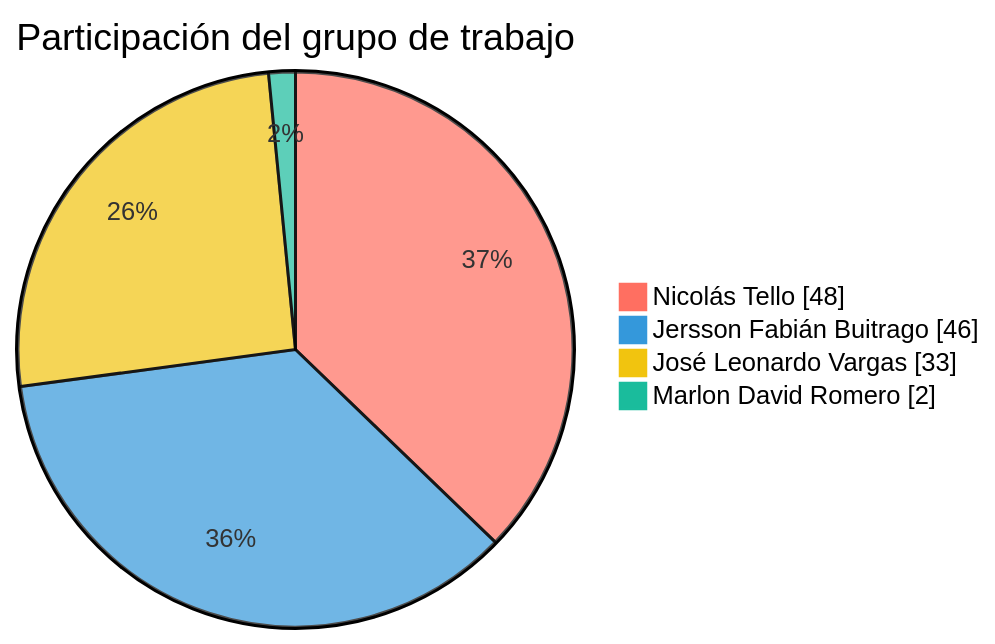
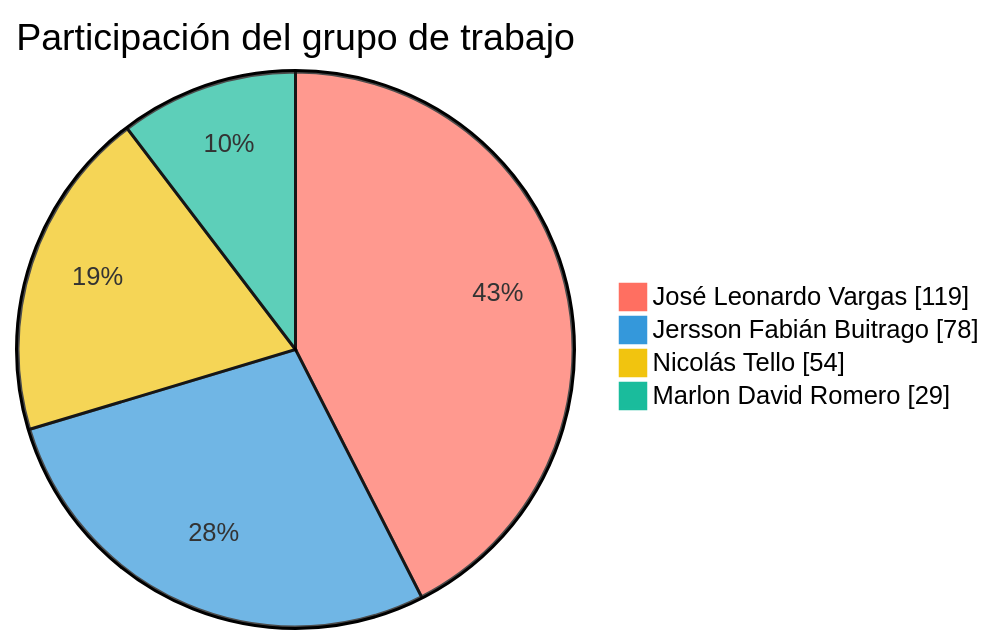
Before and after one commit to FarmaExpres/FarmaExpres: the first of 2 diagrams in README.md, drawn with Mermaid. The commit also changed other lines of this file and 1 other file, not shown here.

````diff
--- a/README.md
+++ b/README.md
@@ -389,9 +389,9 @@
 ```mermaid
 %%{init: {"themeVariables": {"pie1": "#ff6f61", "pie2": "#3498db", "pie3": "#f1c40f", "pie4": "#1abc9c", "pieLabelColor": "#000000", "pieLabelFontSize": "24px", "pieLabelFontWeight": "700"}}}%%
 pie showData
     title Participación del grupo de trabajo
-    "Nicolás Tello" : 48
-    "Jersson Fabián Buitrago" : 46
-    "José Leonardo Vargas" : 33
-    "Marlon David Romero" : 2
+    "José Leonardo Vargas" : 119
+    "Jersson Fabián Buitrago" : 78
+    "Nicolás Tello" : 54
+    "Marlon David Romero" : 29
 ```
````
